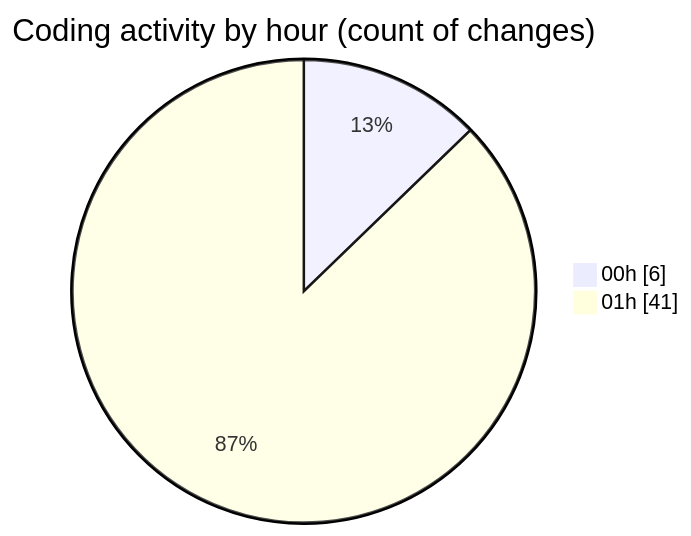
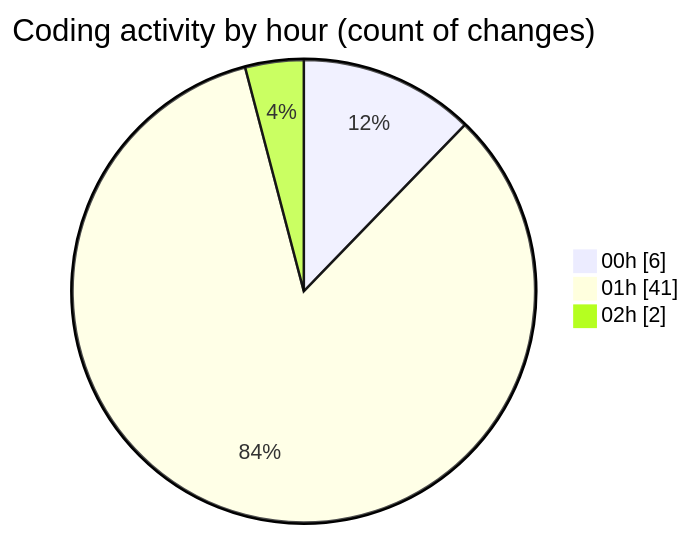
Before and after one commit to JenPaints/code-tracking: the second of 2 diagrams in 2025-06-22/archive/README.md, drawn with Mermaid. The commit also changed other lines of this file and 1 other file, not shown here.

````diff
--- a/2025-06-22/archive/README.md
+++ b/2025-06-22/archive/README.md
@@ -35,6 +35,7 @@
 ```mermaid
 pie showData
 title Coding activity by hour (count of changes)
 "00h" : 6
 "01h" : 41
+"02h" : 2
 ```
````
